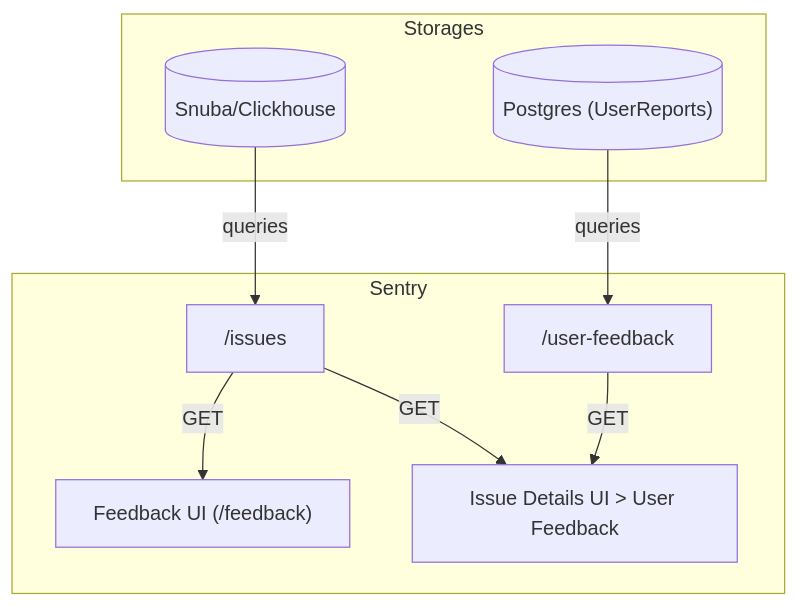
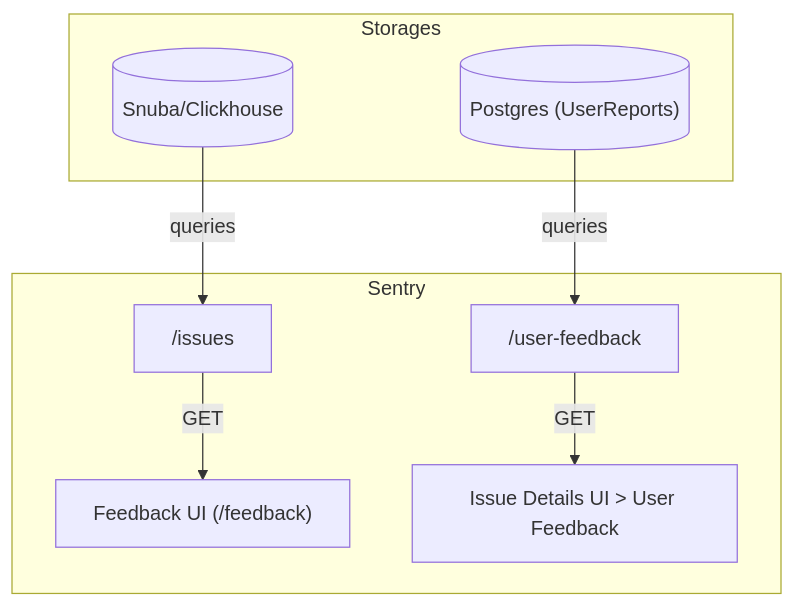
One commit to getsentry/sentry-docs changed the fourth of 4 diagrams in develop-docs/application-architecture/feedback-architecture.mdx. Above: the diagram before and after it, drawn with Mermaid.

Commit message:
fix(feedback): fix UI flow chart in architecture doc

````diff
--- a/develop-docs/application-architecture/feedback-architecture.mdx
+++ b/develop-docs/application-architecture/feedback-architecture.mdx
@@ -225,18 +225,17 @@
 ```mermaid
 graph TD
   subgraph Storages
     postgres[("Postgres (UserReports)")]
     snuba[(Snuba/Clickhouse)]
   end
 
   subgraph Sentry
     issues_endpoint["/issues"]
-    issues_endpoint --> |"GET"| ui["Feedback UI (/feedback)"]
+    issues_endpoint --> |"GET"| feedback_ui["Feedback UI (/feedback)"]
     report_endpoint["/user-feedback"]
-    report_endpoint --> |"GET"| report_ui["Issue Details UI > User Feedback"]
-    issues_endpoint --> |"GET"| report_ui
+    report_endpoint --> |"GET"| issues_ui["Issue Details UI > User Feedback"]
   end
 
   postgres --> |"queries"| report_endpoint
   snuba --> |"queries"| issues_endpoint
 ```
````
